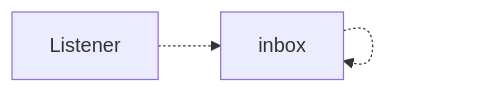
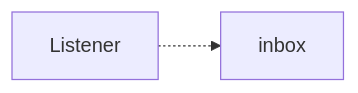
One commit to TongZhu-Ellen/chance-pay changed the third of 4 diagrams in README.md. Above: the diagram before and after it, drawn with Mermaid. The commit also changed other lines of this file, not shown here.

````diff
--- a/README.md
+++ b/README.md
@@ -95,9 +66,4 @@
 ```mermaid
 graph LR
-
 Listener -.-> inbox
-
-inbox -.-> inbox
-
-
 ```
````
